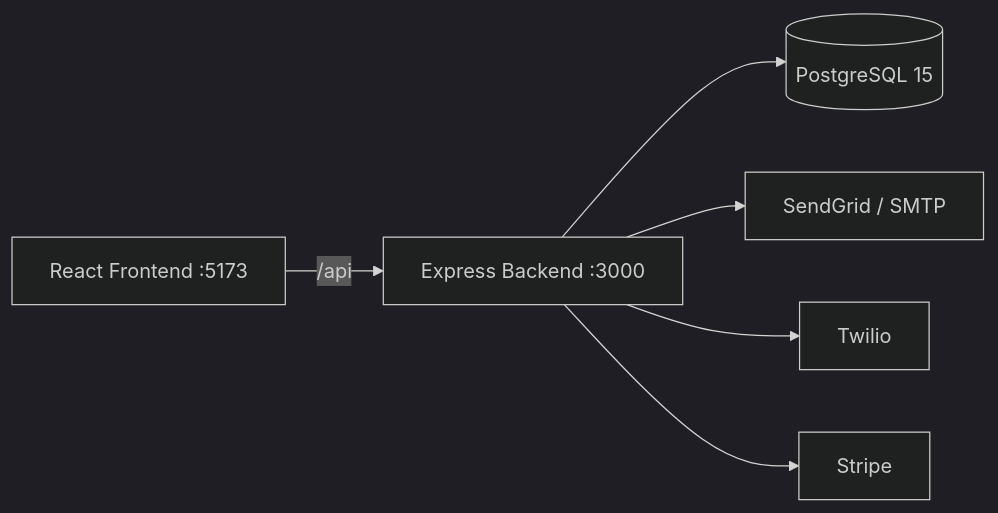
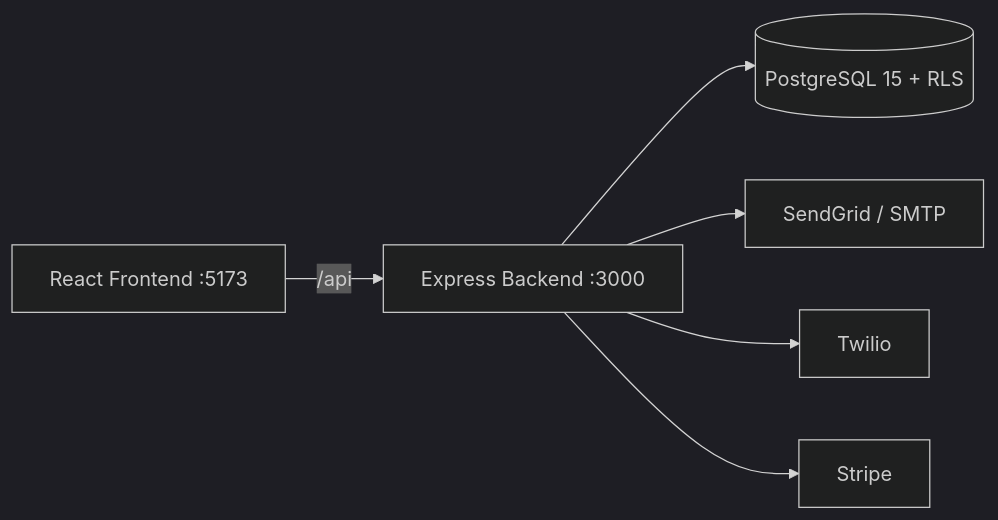
The diagram in wiki/00-INICIO/Vision-General.md (bentlyy/Clinica-Salud-Vital), drawn with Mermaid (dark theme) before and after one commit. The commit also changed other lines of this file and 25 other files, not shown here.

Commit message:
docs: update wiki documentation and security.sql RLS refinements

````diff
--- a/wiki/00-INICIO/Vision-General.md
+++ b/wiki/00-INICIO/Vision-General.md
@@ -36,8 +39,8 @@
 ```mermaid
 graph LR
     A[React Frontend :5173] -->|/api| B[Express Backend :3000]
-    B --> C[(PostgreSQL 15)]
+    B --> C[(PostgreSQL 15 + RLS)]
     B --> D[SendGrid / SMTP]
     B --> E[Twilio]
     B --> F[Stripe]
 ```
````
